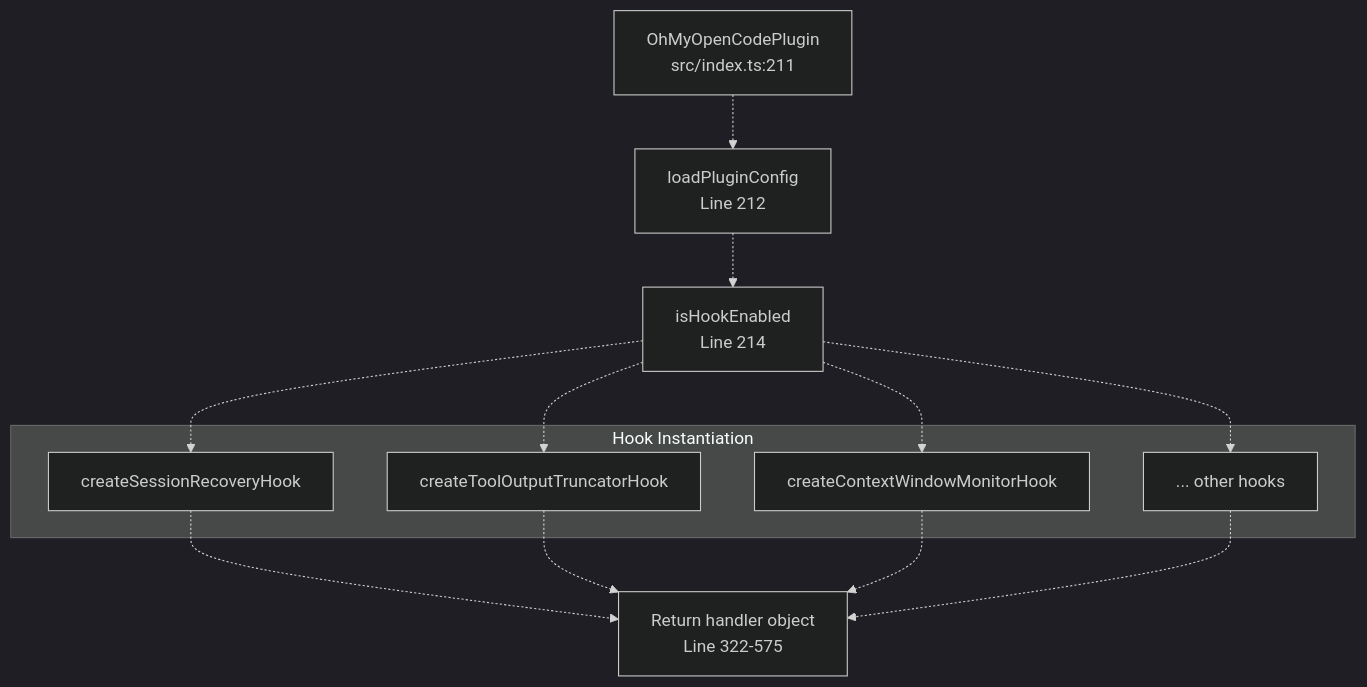
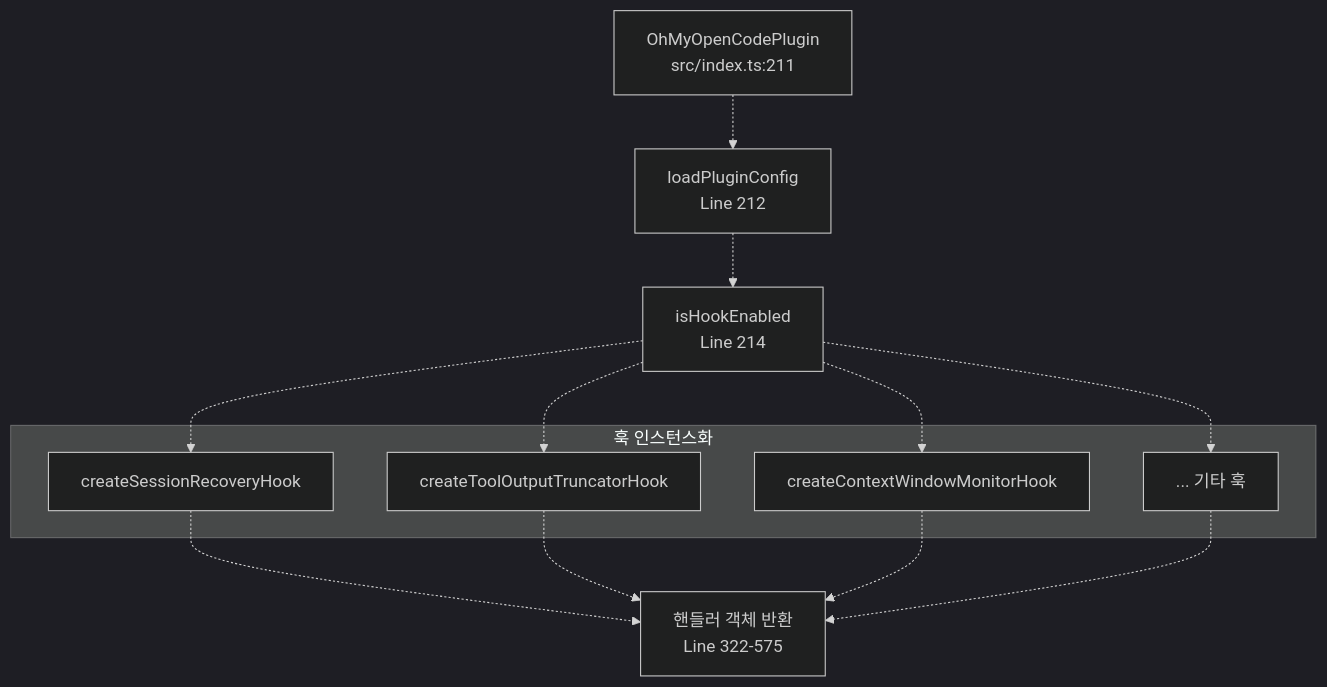
The tenth of 11 diagrams in docs/architecture/event-handling.md (felipetruman/oh-my-opencode-docs), drawn with Mermaid (dark theme) before and after one commit. The commit also changed other lines of this file and 76 other files, not shown here.

````diff
--- a/docs/architecture/event-handling.md
+++ b/docs/architecture/event-handling.md
@@ -629,30 +615,30 @@
 ```mermaid
 flowchart TD
 
 PluginInit["OhMyOpenCodePlugin<br>src/index.ts:211"]
 LoadConfig["loadPluginConfig<br>Line 212"]
 CheckEnabled["isHookEnabled<br>Line 214"]
 CreateHook1["createSessionRecoveryHook"]
 CreateHook2["createToolOutputTruncatorHook"]
 CreateHook3["createContextWindowMonitorHook"]
-CreateHookN["... other hooks"]
-ReturnHandlers["Return handler object<br>Line 322-575"]
+CreateHookN["... 기타 훅"]
+ReturnHandlers["핸들러 객체 반환<br>Line 322-575"]
 
 PluginInit -.-> LoadConfig
 LoadConfig -.-> CheckEnabled
 CheckEnabled -.-> CreateHook1
 CheckEnabled -.-> CreateHook2
 CheckEnabled -.-> CreateHook3
 CheckEnabled -.-> CreateHookN
 CreateHook1 -.-> ReturnHandlers
 CreateHook2 -.-> ReturnHandlers
 CreateHook3 -.-> ReturnHandlers
 CreateHookN -.-> ReturnHandlers
 
-subgraph subGraph0 ["Hook Instantiation"]
+subgraph subGraph0 ["훅 인스턴스화"]
     CreateHook1
     CreateHook2
     CreateHook3
     CreateHookN
 end
 ```
````
